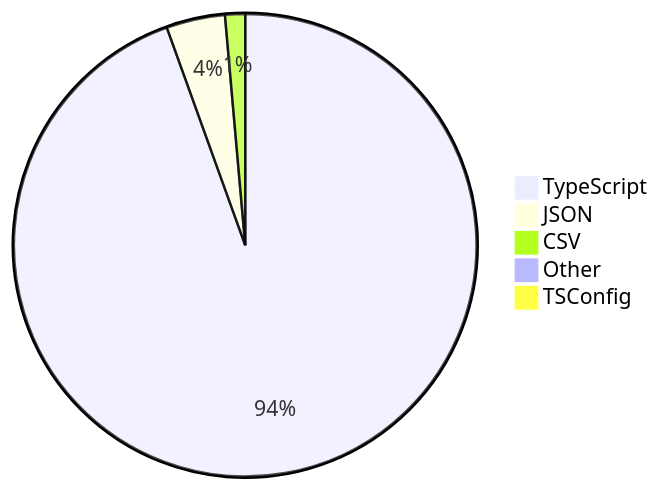
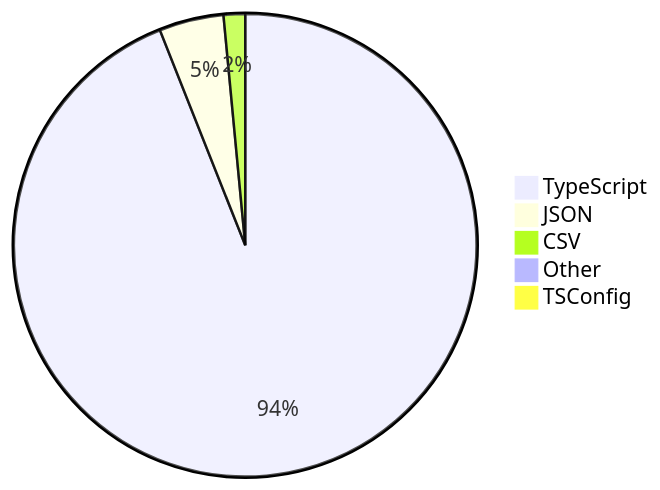
One commit to skvggor/skvggor changed the diagram in README.md. Above: the diagram before and after it, drawn with Mermaid.

Commit message:
Updated waka-readme graph with new metrics

````diff
--- a/README.md
+++ b/README.md
@@ -28,8 +28,8 @@
 ```mermaid
 pie
-    "TypeScript" : 94.4
-    "JSON" : 4.1
-    "CSV" : 1.4
+    "TypeScript" : 93.8
+    "JSON" : 4.5
+    "CSV" : 1.5
     "Other" : 0.1
     "TSConfig" : 0.1
 ```
````
